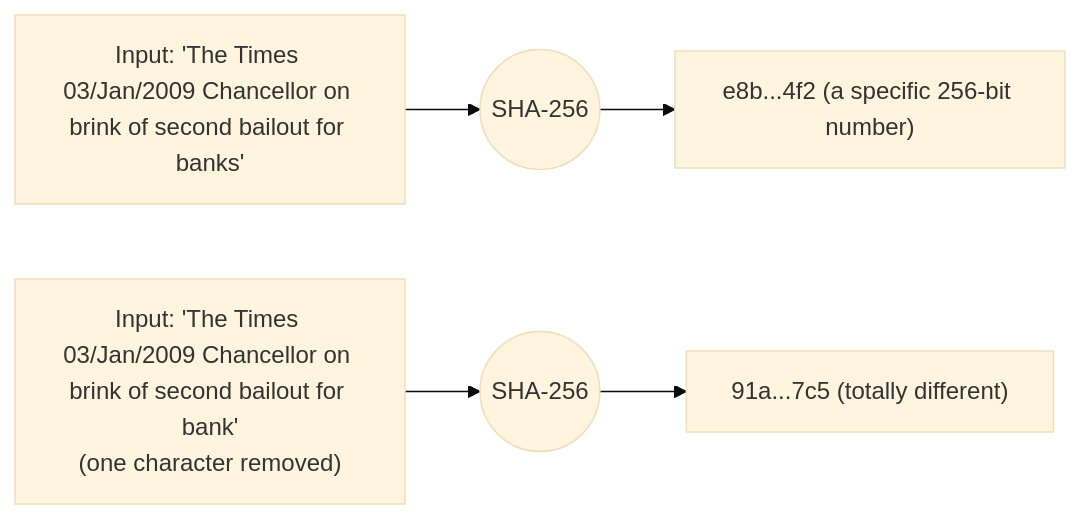
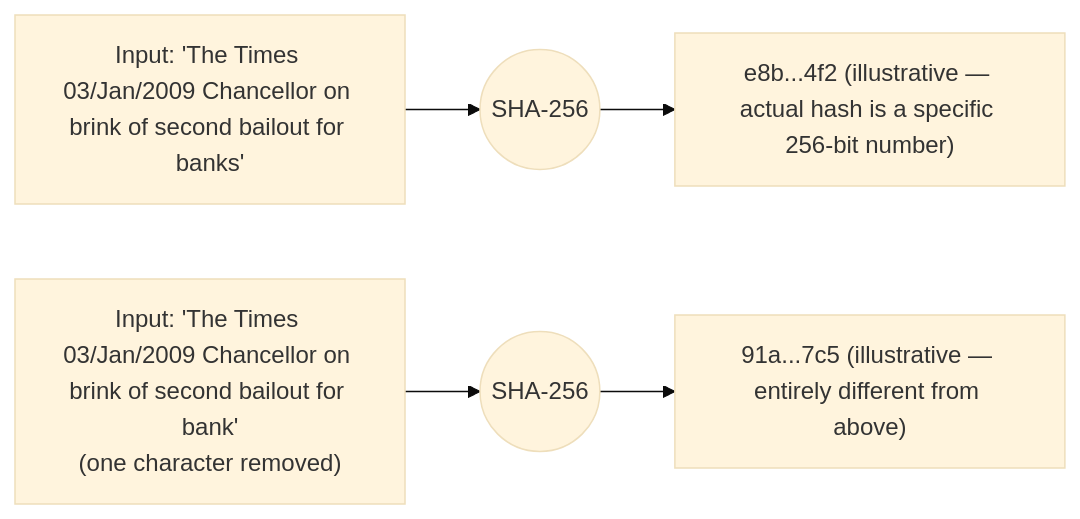
One commit to cypher256/BitcoinArchive changed the fourth of 11 diagrams in src/data/entries/en/analysis/2026-05-23-how-bitcoin-works-visual-glossary.md. Above: the diagram before and after it, drawn with Mermaid (base theme). The commit also changed other lines of this file and 3 other files, not shown here.

````diff
--- a/src/data/entries/en/analysis/2026-05-23-how-bitcoin-works-visual-glossary.md
+++ b/src/data/entries/en/analysis/2026-05-23-how-bitcoin-works-visual-glossary.md
@@ -188,7 +188,7 @@
 ```mermaid
 flowchart LR
   IN1["Input: 'The Times 03/Jan/2009 Chancellor on brink of second bailout for banks'"] --> HF((SHA-256))
-  HF --> H1["e8b...4f2 (a specific 256-bit number)"]
+  HF --> H1["e8b...4f2 (illustrative — actual hash is a specific 256-bit number)"]
   IN2["Input: 'The Times 03/Jan/2009 Chancellor on brink of second bailout for bank'<br/>(one character removed)"] --> HF2((SHA-256))
-  HF2 --> H2["91a...7c5 (totally different)"]
+  HF2 --> H2["91a...7c5 (illustrative — entirely different from above)"]
 ```
````
